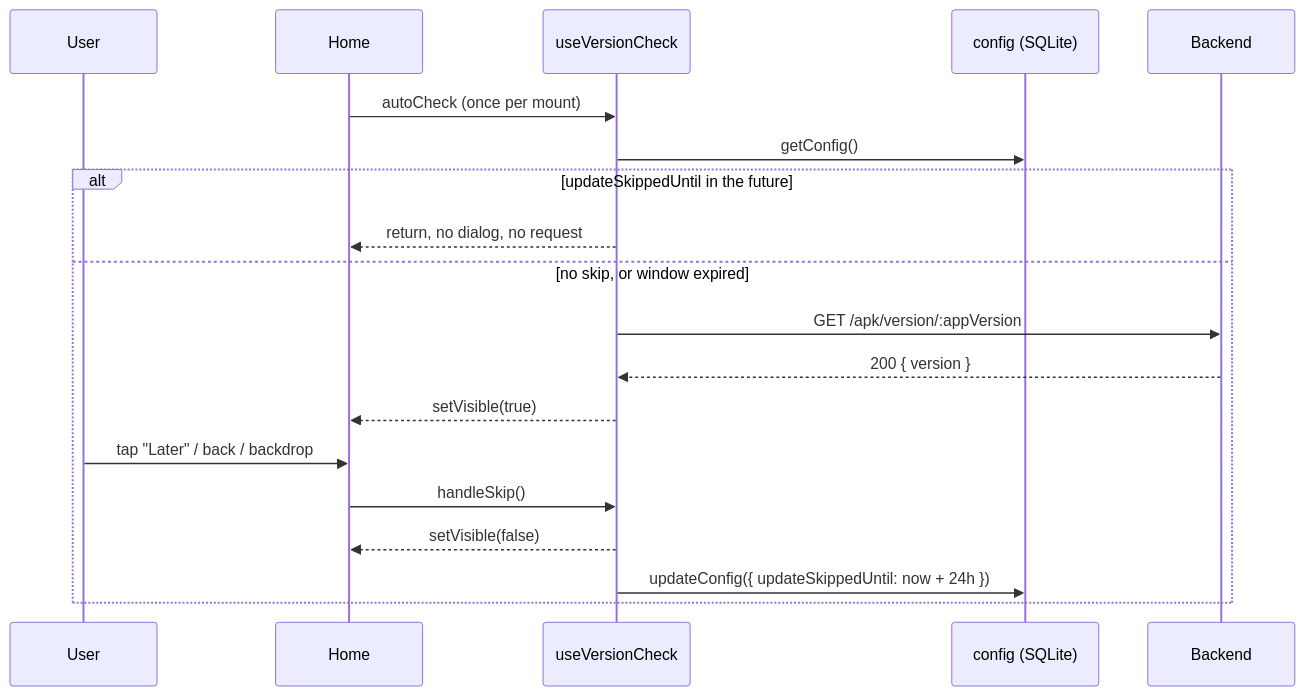
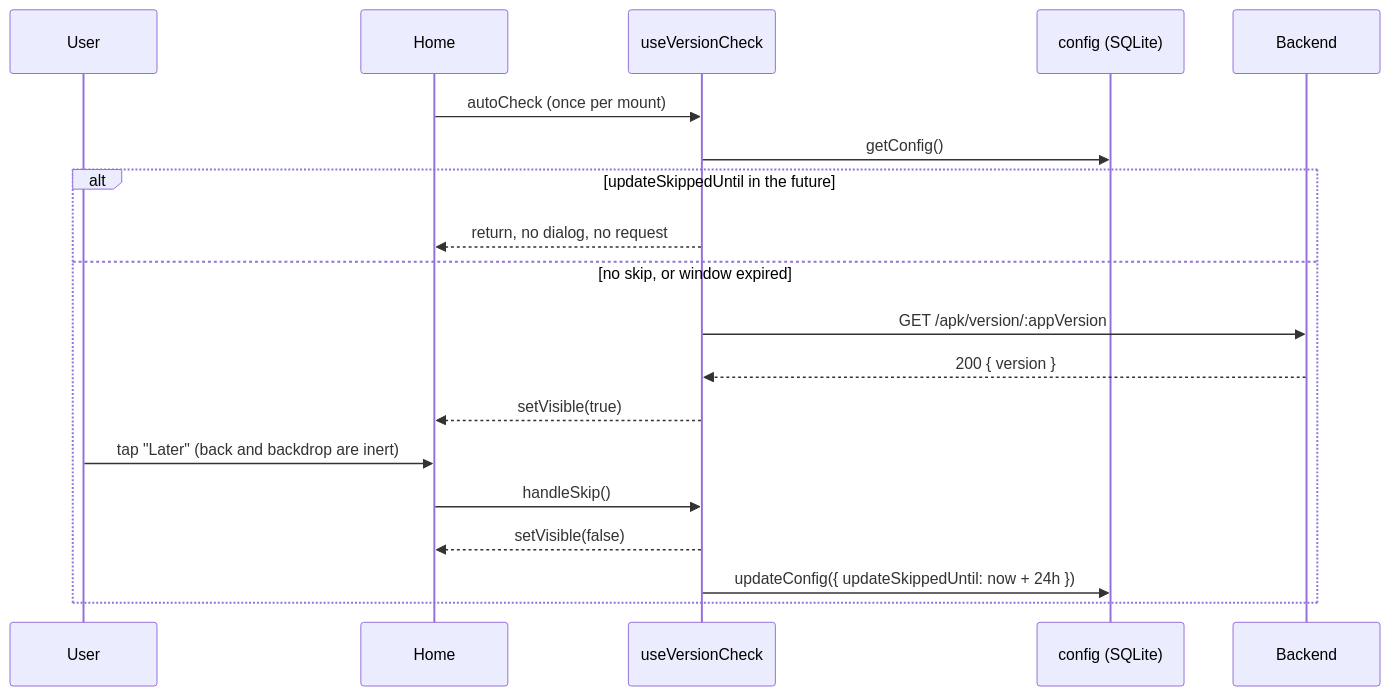
Before and after one commit to akvo/akvo-mis: the second of 2 diagrams in doc/design/APP-254-dismissible-update-dialog.md, drawn with Mermaid. The commit also changed other lines of this file and 1 other file, not shown here.

First line of the commit message:
[#254] Make update dialog dismissible only via "Later" button

````diff
--- a/doc/design/APP-254-dismissible-update-dialog.md
+++ b/doc/design/APP-254-dismissible-update-dialog.md
@@ -383,22 +389,22 @@
 ```mermaid
 sequenceDiagram
     participant U as User
     participant H as Home
     participant V as useVersionCheck
     participant C as config (SQLite)
     participant A as Backend
 
     H->>V: autoCheck (once per mount)
     V->>C: getConfig()
     alt updateSkippedUntil in the future
         V-->>H: return, no dialog, no request
     else no skip, or window expired
         V->>A: GET /apk/version/:appVersion
         A-->>V: 200 { version }
         V-->>H: setVisible(true)
-        U->>H: tap "Later" / back / backdrop
+        U->>H: tap "Later" (back and backdrop are inert)
         H->>V: handleSkip()
         V-->>H: setVisible(false)
         V->>C: updateConfig({ updateSkippedUntil: now + 24h })
     end
 ```
````
